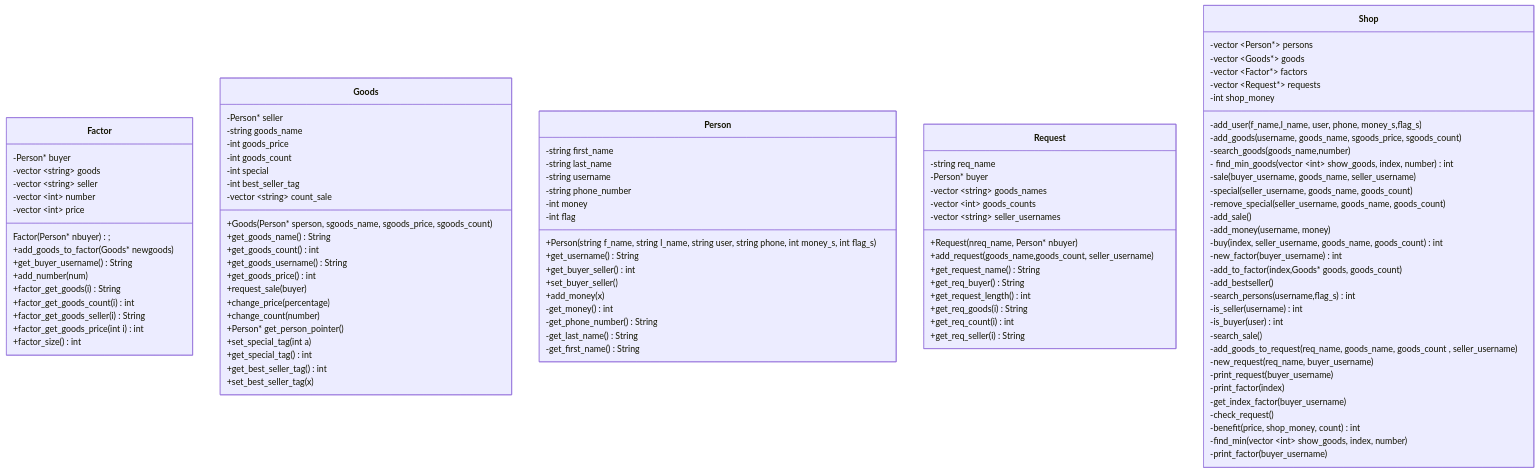
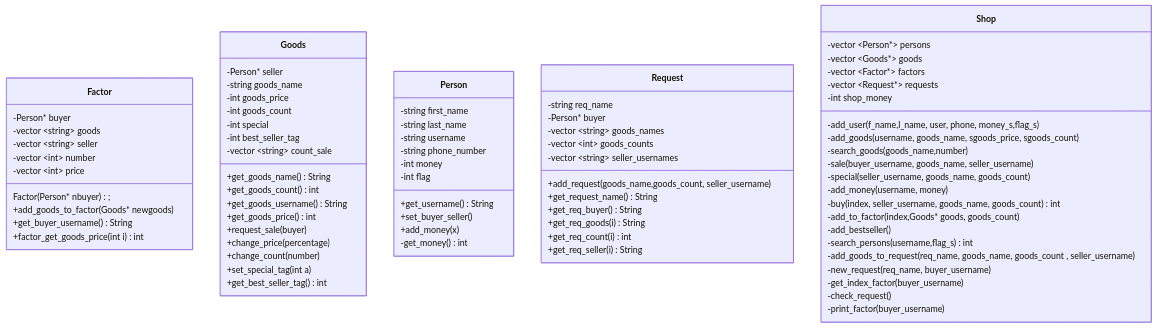
Before and after one commit to NeginAz/virtual_shopping: the diagram in README.md, drawn with Mermaid.

```diff
--- a/README.md
+++ b/README.md
@@ -47,11 +47,9 @@
  Shop: -vector ~Request*~ requests
  Shop: -int shop_money
 class Request{
-  +Request(nreq_name, Person* nbuyer) 
   +add_request(goods_name,goods_count, seller_username)
   +get_request_name() String
   +get_req_buyer() String
-  +get_request_length() int
   +get_req_goods(i) String
   +get_req_count(i) int
   +get_req_seller(i) String
@@ -61,28 +59,17 @@
   -add_user(f_name,l_name, user, phone, money_s,flag_s)
   -add_goods(username, goods_name, sgoods_price, sgoods_count)
   -search_goods(goods_name,number)
-  - find_min_goods(vector ~int~ show_goods, index, number) int
   -sale(buyer_username,  goods_name,  seller_username)
   -special( seller_username,  goods_name,  goods_count)
-  -remove_special( seller_username,  goods_name,  goods_count)
-  -add_sale()
   -add_money( username, money)
   -buy(index, seller_username, goods_name, goods_count) int
-  -new_factor(buyer_username) int
   -add_to_factor(index,Goods* goods, goods_count)
   -add_bestseller()
   -search_persons(username,flag_s) int
-  -is_seller(username) int
-  -is_buyer(user) int
-  -search_sale()
   -add_goods_to_request(req_name, goods_name,  goods_count , seller_username)
   -new_request(req_name, buyer_username)
-  -print_request(buyer_username)
-  -print_factor(index)
   -get_index_factor(buyer_username)
   -check_request()
-  -benefit(price, shop_money, count) int
-  -find_min(vector ~int~ show_goods, index, number)
   -print_factor(buyer_username)
 }
 
@@ -90,29 +77,18 @@
 Factor(Person* nbuyer);
   +add_goods_to_factor(Goods* newgoods)
   +get_buyer_username() String
-  +add_number(num)
-  +factor_get_goods(i) String
-  +factor_get_goods_count(i) int
-  +factor_get_goods_seller( i) String
   +factor_get_goods_price(int i) int
-  +factor_size() int
 }
 
 class Person{
-  +Person(string f_name, string l_name, string user, string phone, int money_s, int flag_s)
   +get_username() String
-  +get_buyer_seller() int
   +set_buyer_seller()
   +add_money(x)
- -get_money() int
-  -get_phone_number() String
- -get_last_name() String
- -get_first_name() String
+  -get_money() int
 }
 
 
 class Goods{
-  +Goods(Person* sperson, sgoods_name,  sgoods_price,  sgoods_count)
   +get_goods_name() String
   +get_goods_count() int
   +get_goods_username() String
@@ -120,11 +96,8 @@
   +request_sale(buyer)
   +change_price(percentage)
   +change_count(number)
-  +Person* get_person_pointer()
   +set_special_tag(int a)
-  +get_special_tag() int  
   +get_best_seller_tag() int
-  +set_best_seller_tag(x)
 }
 
 
```
